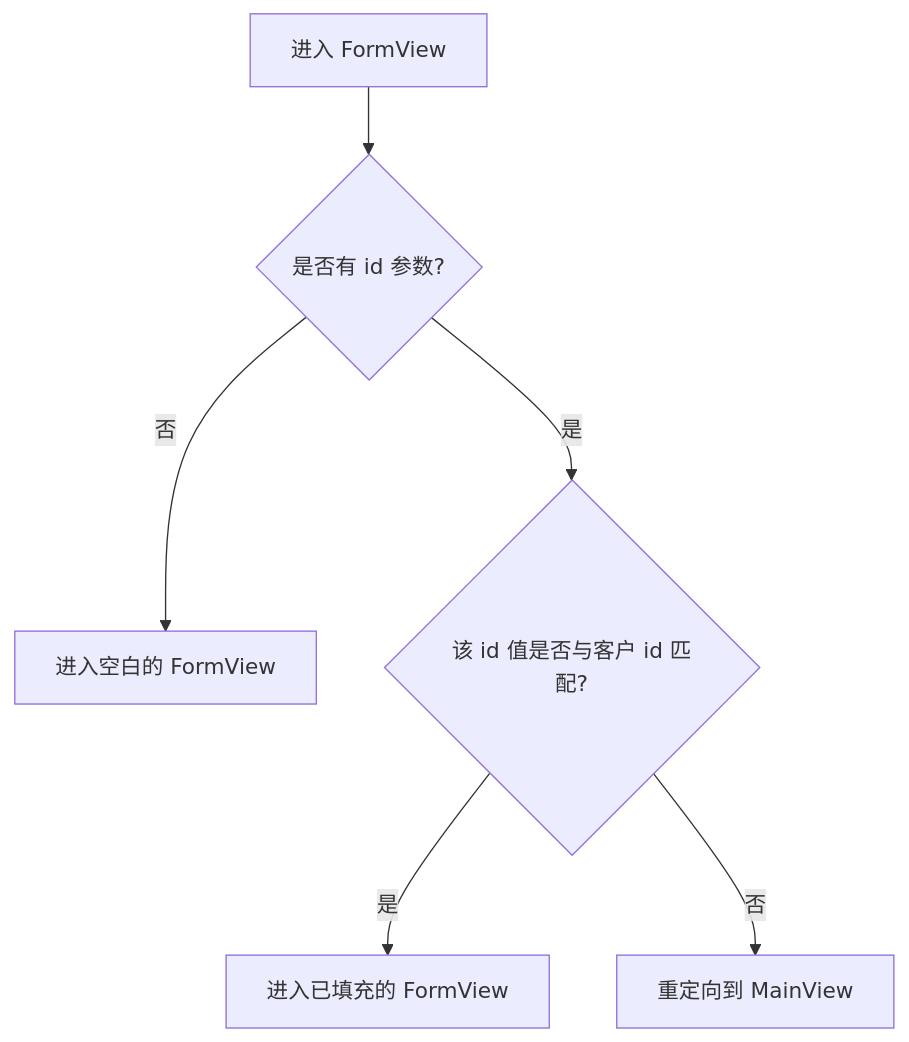
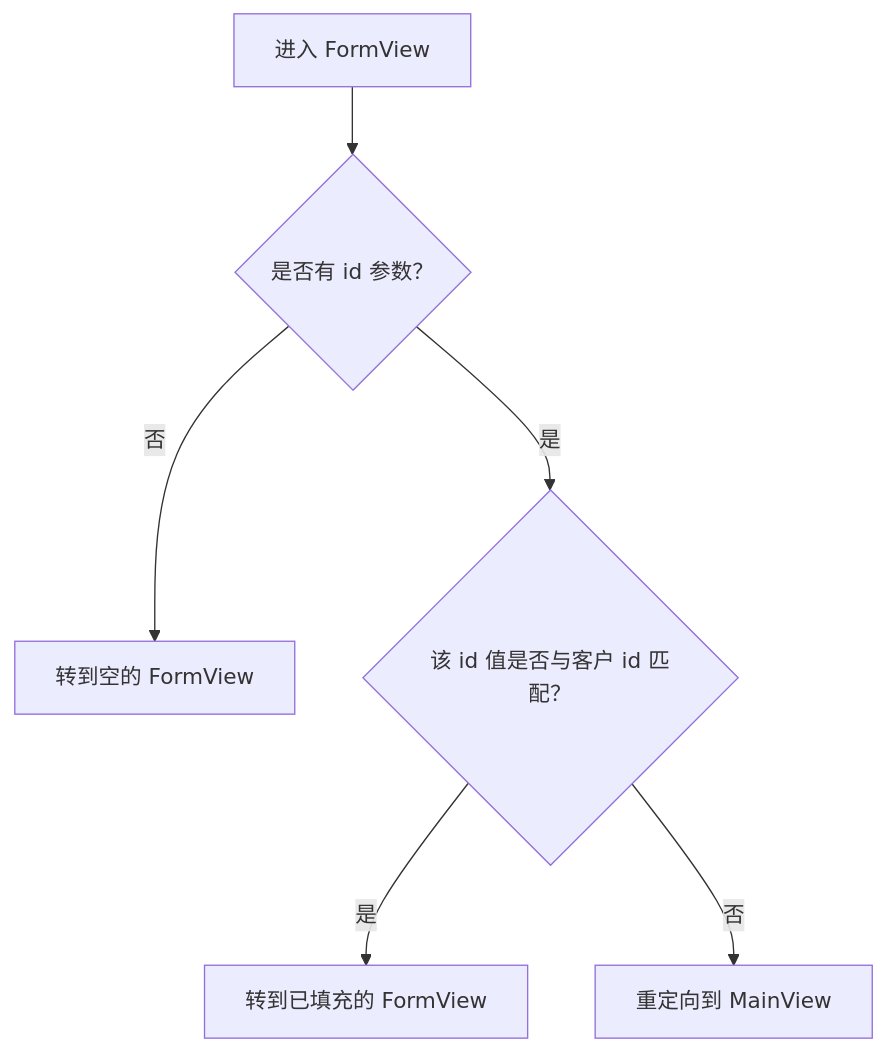
One commit to webforj/webforj-documentation changed the diagram in docs/i18n/zh/docusaurus-plugin-content-docs/current/introduction/tutorial/observers-and-route-parameters.md. Above: the diagram before and after it, drawn with Mermaid. The commit also changed other lines of this file and 1016 other files, not shown here.

````diff
--- a/docs/i18n/zh/docusaurus-plugin-content-docs/current/introduction/tutorial/observers-and-route-parameters.md
+++ b/docs/i18n/zh/docusaurus-plugin-content-docs/current/introduction/tutorial/observers-and-route-parameters.md
@@ -75,8 +72,8 @@
 ```mermaid
 flowchart TD
-    A[进入 FormView] --> B{是否有 id 参数?}
-    B -->|否| C[进入空白的 FormView]
-    B -->|是| D{该 id 值是否与客户 id 匹配?}
-    D -->|是| E[进入已填充的 FormView]
+    A[进入 FormView] --> B{是否有 id 参数？}
+    B -->|否| C[转到空的 FormView]
+    B -->|是| D{该 id 值是否与客户 id 匹配？}
+    D -->|是| E[转到已填充的 FormView]
     D -->|否| F[重定向到 MainView]
 ```
````
